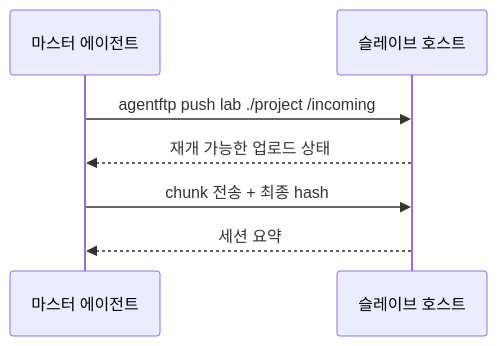
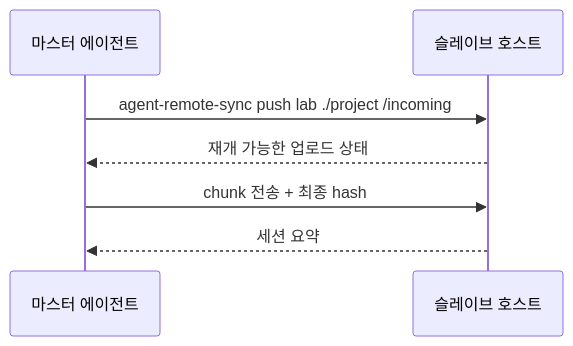
The second of 4 diagrams in README.ko.md (daystar7777/agent-remote-sync), drawn with Mermaid before and after one commit. The commit also changed other lines of this file and 45 other files, not shown here.

Commit message:
Rename project to agent-remote-sync

````diff
--- a/README.ko.md
+++ b/README.ko.md
@@ -138,9 +148,9 @@
 ```mermaid
 sequenceDiagram
   participant M as 마스터 에이전트
   participant S as 슬레이브 호스트
-  M->>S: agentftp push lab ./project /incoming
+  M->>S: agent-remote-sync push lab ./project /incoming
   S-->>M: 재개 가능한 업로드 상태
   M->>S: chunk 전송 + 최종 hash
   S-->>M: 세션 요약
 ```
````
